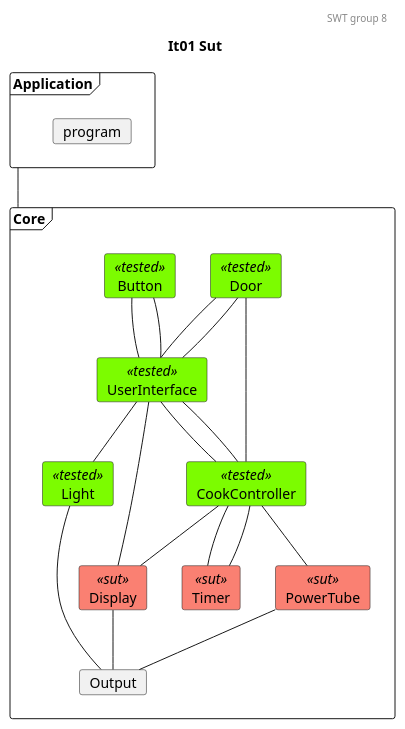
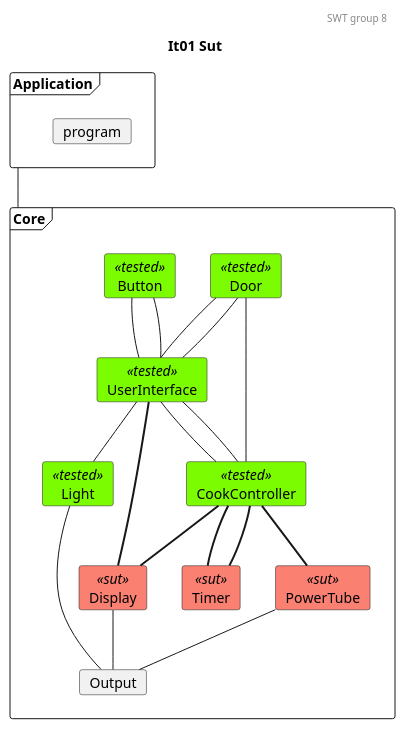
The diagram in docs/SysTestTree3.plantuml (mikkel-ol/I4SWT-MicrowaveOven), drawn with PlantUML before and after one commit. The commit also changed 3 other files, not shown here.

```diff
--- a/docs/SysTestTree3.plantuml
+++ b/docs/SysTestTree3.plantuml
@@ -1,77 +1,77 @@
 @startuml
 
 'Testing colors:
 skinparam card{
     backgroundColor<<tested>> lawngreen
     backgroundColor<<sut>> salmon
     backgroundColor<<test>> salmon
     backgroundColor<<fake>> gold
 }
 
 header SWT group 8
 title It01 Sut
 
 frame Application{
     card program
 }
 
 frame Core{
 '0.
     card Door<<tested>>
     card Button<<tested>>
 
 '1.
     card UserInterface<<tested>>
 
 '2.
     card CookController<<tested>>
     card Light<<tested>>
 
 '3.
     card Timer<<sut>>
     card PowerTube<<sut>>
     card Display<<sut>>
 
 '4 
     card Output
 
 
 }
 Application -- Core
 
 'Relations projects
 ' 0. to 1.
 Door -- UserInterface
 Door -- UserInterface
 
 Button -- UserInterface
 Button -- UserInterface
 
 
 'Relations CookController:
 '1.
 UserInterface -- CookController
 UserInterface -- CookController
 '1. to 2.
 Door - CookController
 
 
-CookController -- PowerTube
+CookController -[thickness=2]- PowerTube
 
 '1. to 2.
-UserInterface -- Display
+UserInterface -[thickness=2]- Display
 UserInterface -- Light
-CookController -- Display
+CookController -[thickness=2]- Display
 
-CookController -- Timer
-CookController -- Timer 
+CookController -[thickness=2]- Timer
+CookController -[thickness=2]- Timer 
 
 
 ' Relations 2. to 3.
 Light -- Output
 Display -- Output
 PowerTube -- Output
 
 
 
 @enduml
```
